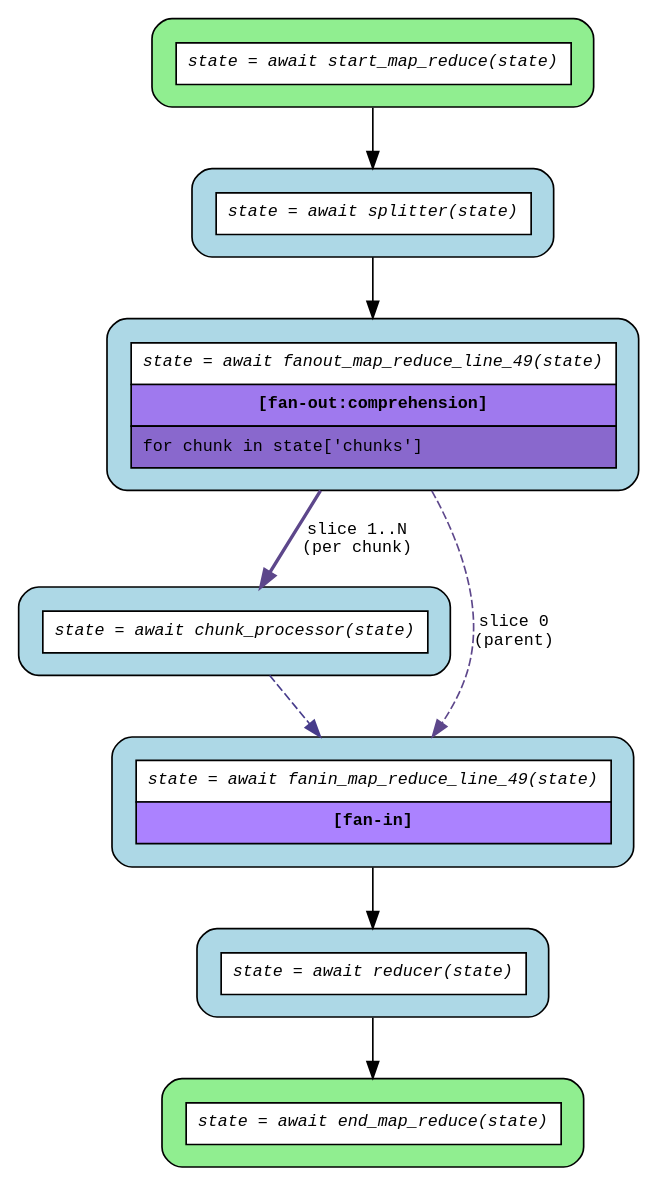
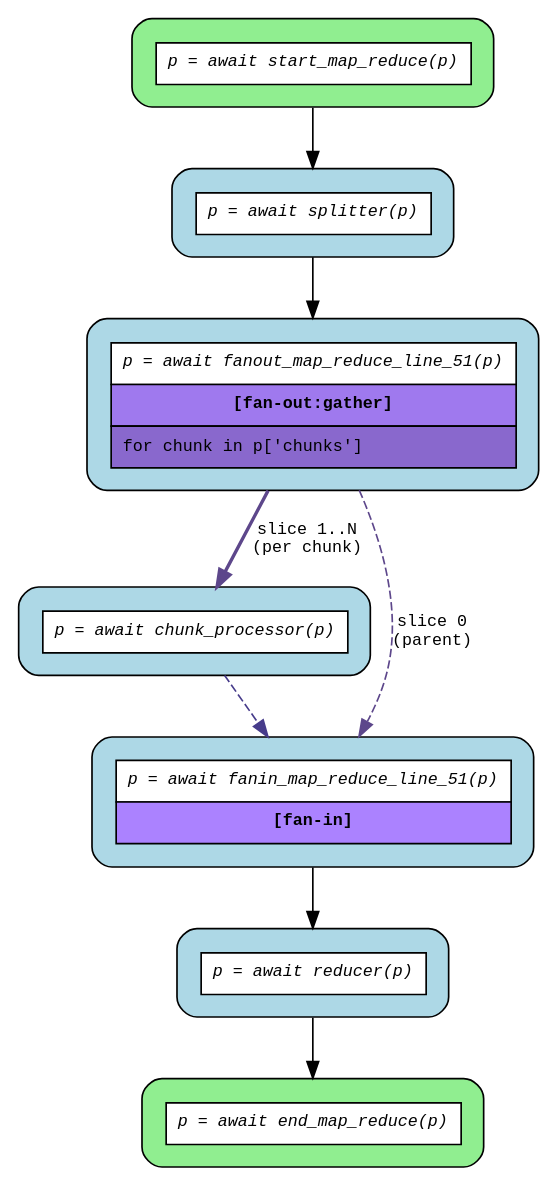
Before and after one commit to deliveryhero/asya: the diagram in examples/flows/agentic/compiled/map_reduce/flow.dot, drawn with Graphviz. The commit also changed 84 other files, not shown here.

First line of the commit message:
fix(compiler): include agentic flows in pre-commit recompilation and support starred list comprehension in gather [36g4]

```diff
--- a/examples/flows/agentic/compiled/map_reduce/flow.dot
+++ b/examples/flows/agentic/compiled/map_reduce/flow.dot
@@ -1,22 +1,22 @@
 digraph flow {
   rankdir=TB;
   graph [fontname="Courier", fontsize=10];
   node [fontname="Courier", fontsize=10, shape=box, style="filled,rounded", margin="0.2"];
   edge [fontname="Courier", fontsize=10];
 
-  start_map_reduce [fillcolor="lightgreen", group="main", label=<<table border="0" cellspacing="0" cellpadding="6" cellborder="1"><tr><td bgcolor="white" align="center"><i>state = await start_map_reduce(state)</i></td></tr></table>>];
-  fanout_map_reduce_line_49 [fillcolor="lightblue", group="main", label=<<table border="0" cellspacing="0" cellpadding="6" cellborder="1"><tr><td bgcolor="white" align="center"><i>state = await fanout_map_reduce_line_49(state)</i></td></tr><tr><td bgcolor="mediumpurple2" align="center"><b>[fan-out:comprehension]</b></td></tr><tr><td bgcolor="mediumpurple3" align="left">for chunk in state['chunks']</td></tr></table>>];
-  end_map_reduce [fillcolor="lightgreen", group="main", label=<<table border="0" cellspacing="0" cellpadding="6" cellborder="1"><tr><td bgcolor="white" align="center"><i>state = await end_map_reduce(state)</i></td></tr></table>>];
-  chunk_processor [fillcolor="lightblue", label=<<table border="0" cellspacing="0" cellpadding="6" cellborder="1"><tr><td bgcolor="white" align="center"><i>state = await chunk_processor(state)</i></td></tr></table>>];
-  fanin_map_reduce_line_49 [fillcolor="lightblue", label=<<table border="0" cellspacing="0" cellpadding="6" cellborder="1"><tr><td bgcolor="white" align="center"><i>state = await fanin_map_reduce_line_49(state)</i></td></tr><tr><td bgcolor="mediumpurple1" align="center"><b>[fan-in]</b></td></tr></table>>];
-  reducer [fillcolor="lightblue", label=<<table border="0" cellspacing="0" cellpadding="6" cellborder="1"><tr><td bgcolor="white" align="center"><i>state = await reducer(state)</i></td></tr></table>>];
-  splitter [fillcolor="lightblue", label=<<table border="0" cellspacing="0" cellpadding="6" cellborder="1"><tr><td bgcolor="white" align="center"><i>state = await splitter(state)</i></td></tr></table>>];
+  start_map_reduce [fillcolor="lightgreen", group="main", label=<<table border="0" cellspacing="0" cellpadding="6" cellborder="1"><tr><td bgcolor="white" align="center"><i>p = await start_map_reduce(p)</i></td></tr></table>>];
+  fanout_map_reduce_line_51 [fillcolor="lightblue", group="main", label=<<table border="0" cellspacing="0" cellpadding="6" cellborder="1"><tr><td bgcolor="white" align="center"><i>p = await fanout_map_reduce_line_51(p)</i></td></tr><tr><td bgcolor="mediumpurple2" align="center"><b>[fan-out:gather]</b></td></tr><tr><td bgcolor="mediumpurple3" align="left">for chunk in p['chunks']</td></tr></table>>];
+  end_map_reduce [fillcolor="lightgreen", group="main", label=<<table border="0" cellspacing="0" cellpadding="6" cellborder="1"><tr><td bgcolor="white" align="center"><i>p = await end_map_reduce(p)</i></td></tr></table>>];
+  chunk_processor [fillcolor="lightblue", label=<<table border="0" cellspacing="0" cellpadding="6" cellborder="1"><tr><td bgcolor="white" align="center"><i>p = await chunk_processor(p)</i></td></tr></table>>];
+  fanin_map_reduce_line_51 [fillcolor="lightblue", label=<<table border="0" cellspacing="0" cellpadding="6" cellborder="1"><tr><td bgcolor="white" align="center"><i>p = await fanin_map_reduce_line_51(p)</i></td></tr><tr><td bgcolor="mediumpurple1" align="center"><b>[fan-in]</b></td></tr></table>>];
+  reducer [fillcolor="lightblue", label=<<table border="0" cellspacing="0" cellpadding="6" cellborder="1"><tr><td bgcolor="white" align="center"><i>p = await reducer(p)</i></td></tr></table>>];
+  splitter [fillcolor="lightblue", label=<<table border="0" cellspacing="0" cellpadding="6" cellborder="1"><tr><td bgcolor="white" align="center"><i>p = await splitter(p)</i></td></tr></table>>];
 
-  chunk_processor -> fanin_map_reduce_line_49 [color=slateblue4, style=dashed];
-  fanin_map_reduce_line_49 -> reducer;
-  fanout_map_reduce_line_49 -> chunk_processor [color=mediumpurple4, label="slice 1..N\n(per chunk)", style=bold];
-  fanout_map_reduce_line_49 -> fanin_map_reduce_line_49 [color=mediumpurple4, label="slice 0\n(parent)", style=dashed];
+  chunk_processor -> fanin_map_reduce_line_51 [color=slateblue4, style=dashed];
+  fanin_map_reduce_line_51 -> reducer;
+  fanout_map_reduce_line_51 -> chunk_processor [color=mediumpurple4, label="slice 1..N\n(per chunk)", style=bold];
+  fanout_map_reduce_line_51 -> fanin_map_reduce_line_51 [color=mediumpurple4, label="slice 0\n(parent)", style=dashed];
   reducer -> end_map_reduce;
-  splitter -> fanout_map_reduce_line_49;
+  splitter -> fanout_map_reduce_line_51;
   start_map_reduce -> splitter;
 }
```
